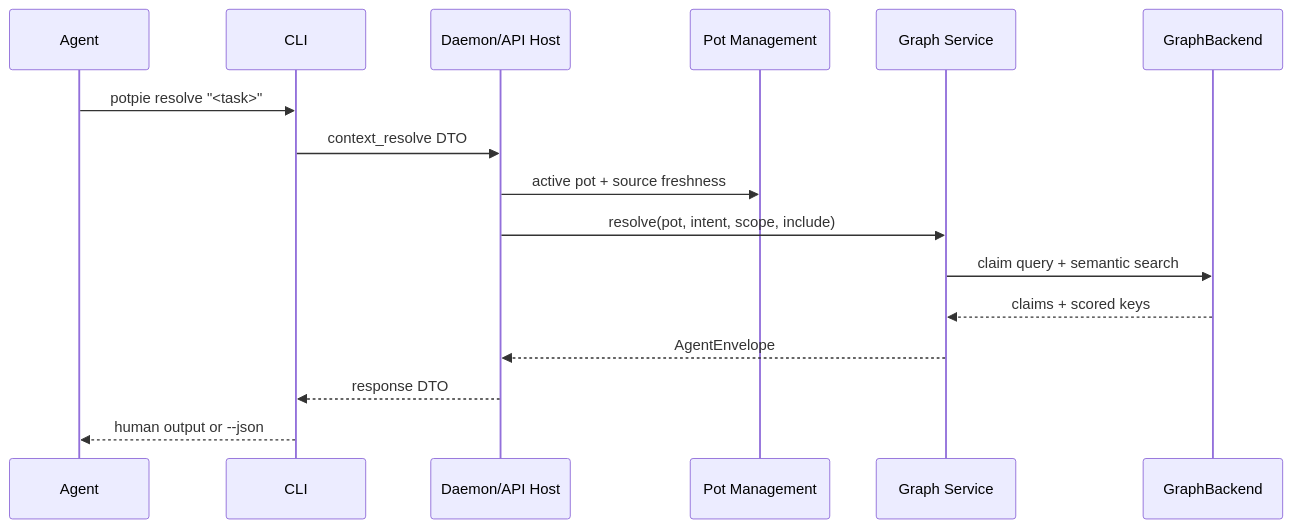
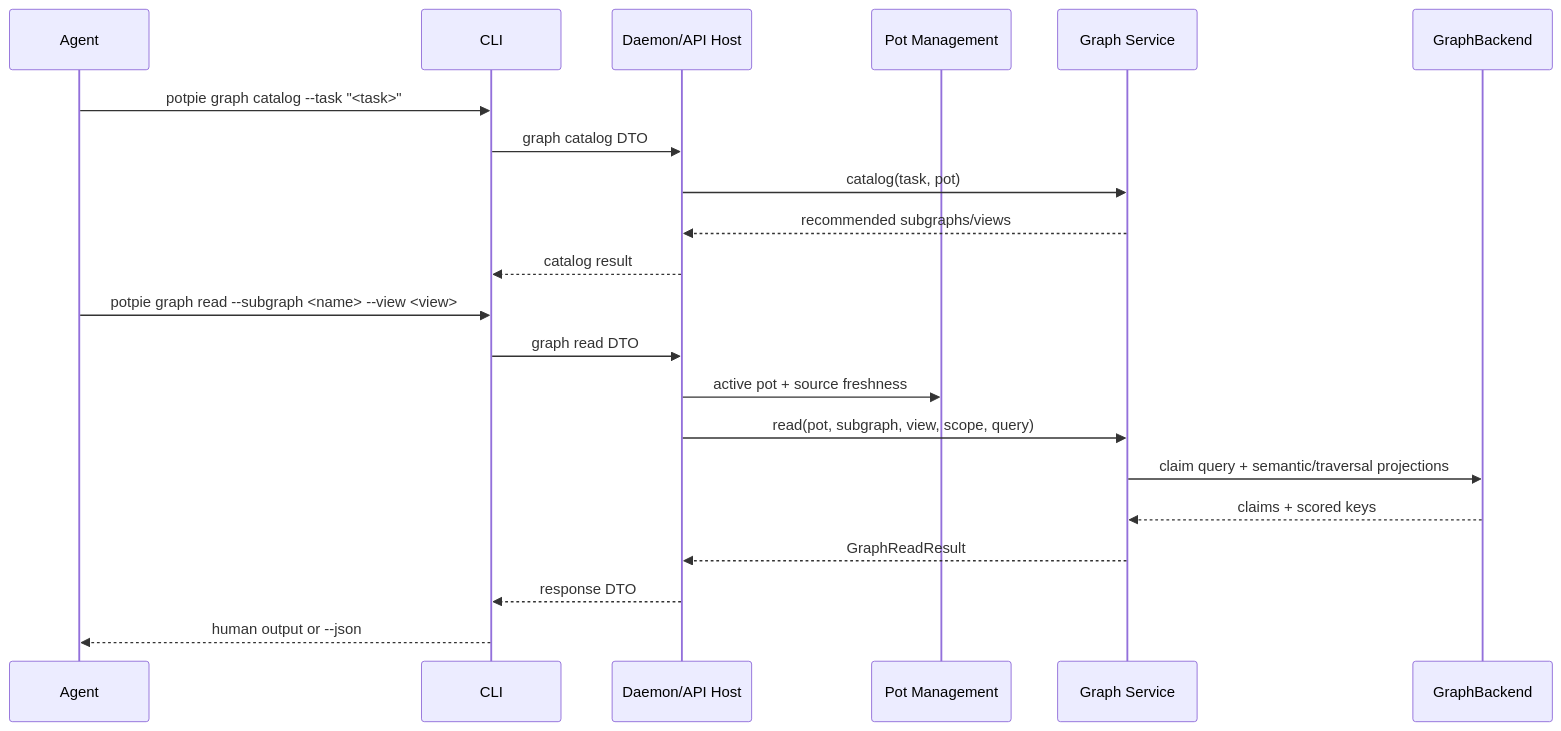
One commit to potpie-ai/potpie changed the fifth of 12 diagrams in docs/context-graph/architecture.md. Above: the diagram before and after it, drawn with Mermaid. The commit also changed other lines of this file and 48 other files, not shown here.

Commit message:
docs: agent-surface bundle/plugin/skill templates + context-graph design docs

````diff
--- a/docs/context-graph/architecture.md
+++ b/docs/context-graph/architecture.md
@@ -300,19 +295,25 @@
 ```mermaid
 sequenceDiagram
   participant Agent
   participant CLI
   participant Host as Daemon/API Host
   participant Pot as Pot Management
   participant Graph as Graph Service
   participant Backend as GraphBackend
 
-  Agent->>CLI: potpie resolve "<task>"
-  CLI->>Host: context_resolve DTO
+  Agent->>CLI: potpie graph catalog --task "<task>"
+  CLI->>Host: graph catalog DTO
+  Host->>Graph: catalog(task, pot)
+  Graph-->>Host: recommended subgraphs/views
+  Host-->>CLI: catalog result
+
+  Agent->>CLI: potpie graph read --subgraph <name> --view <view>
+  CLI->>Host: graph read DTO
   Host->>Pot: active pot + source freshness
-  Host->>Graph: resolve(pot, intent, scope, include)
-  Graph->>Backend: claim query + semantic search
+  Host->>Graph: read(pot, subgraph, view, scope, query)
+  Graph->>Backend: claim query + semantic/traversal projections
   Backend-->>Graph: claims + scored keys
-  Graph-->>Host: AgentEnvelope
+  Graph-->>Host: GraphReadResult
   Host-->>CLI: response DTO
   CLI-->>Agent: human output or --json
 ```
````
